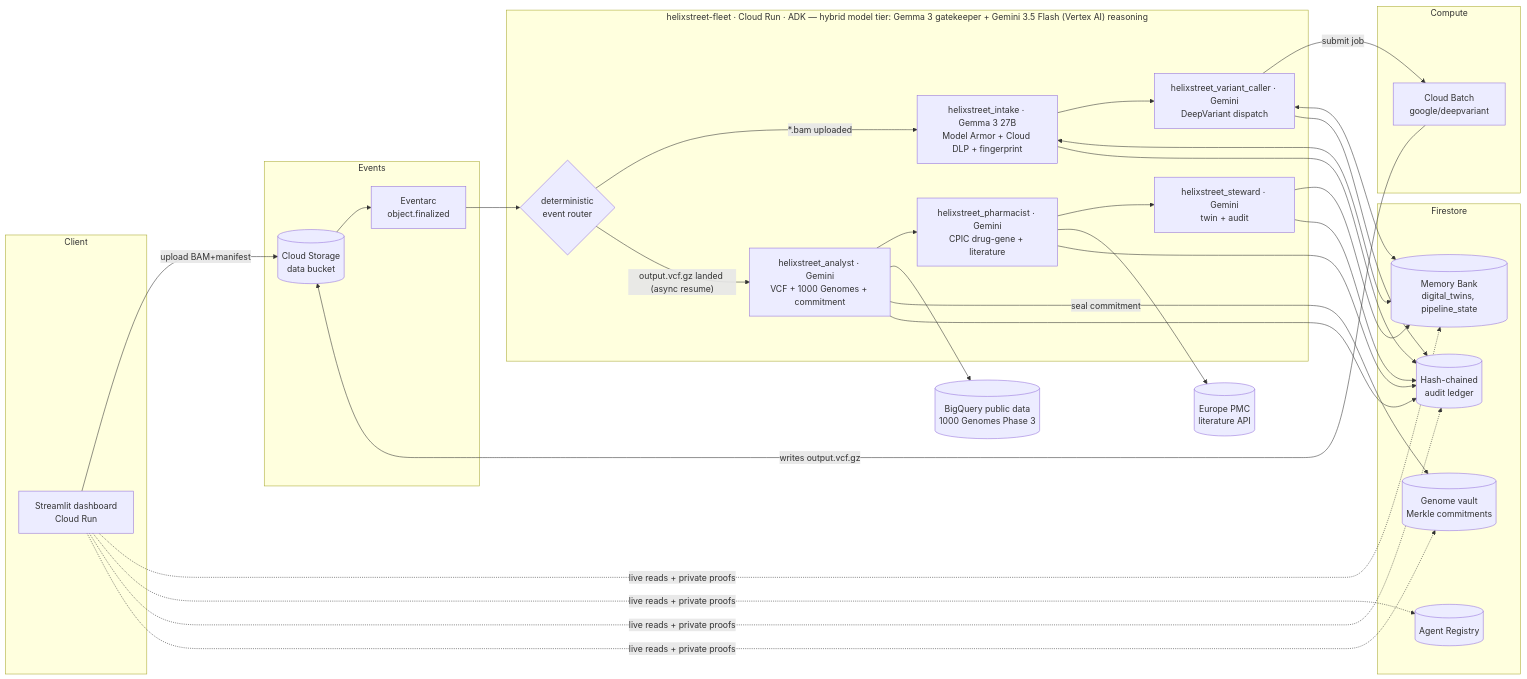
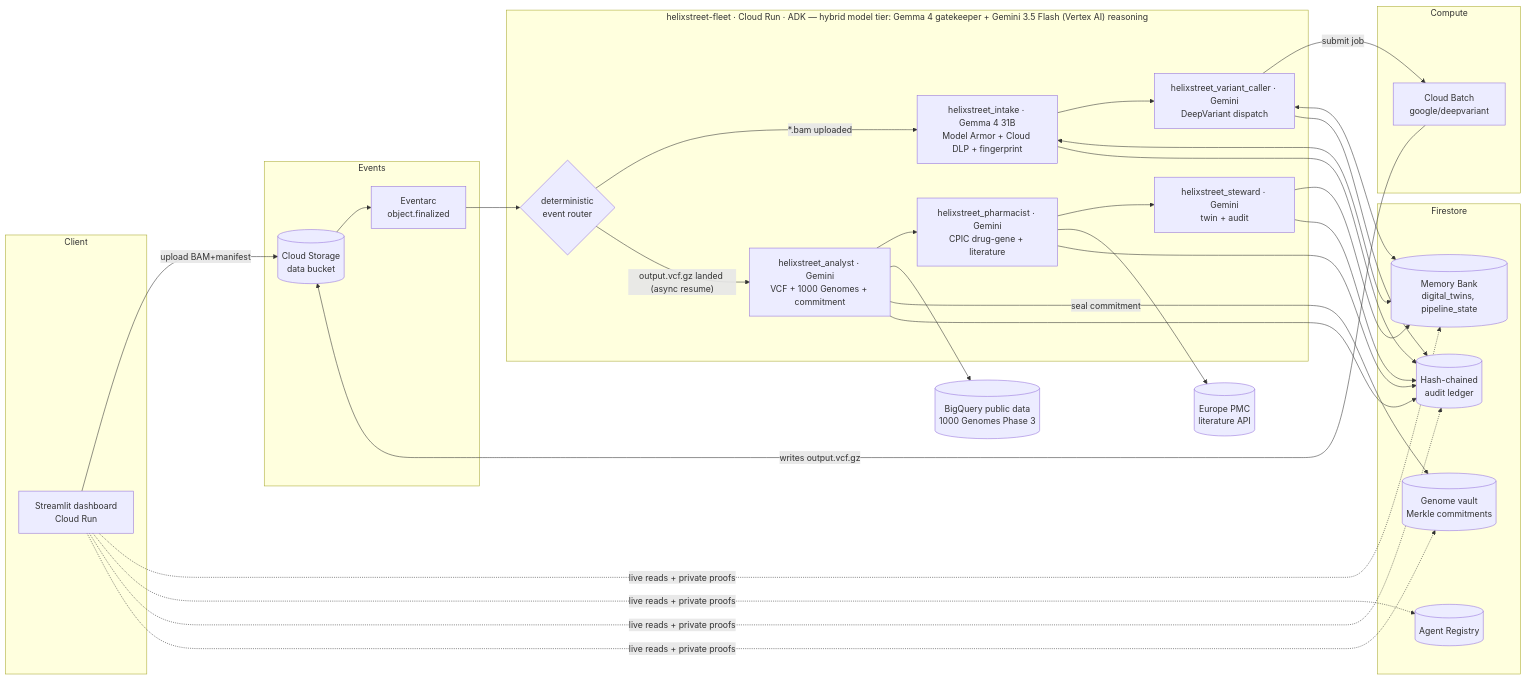
Before and after one commit to helixstreet/helixstreet-nebius-nvidia: the diagram in README.md, drawn with Mermaid. The commit also changed other lines of this file and 6 other files, not shown here.

First line of the commit message:
Upgrade hybrid tier to Gemma 4 31B: native function calling on the Gemini API

````diff
--- a/README.md
+++ b/README.md
@@ -20,42 +20,42 @@
 ```mermaid
 flowchart LR
     subgraph Client
         UI[Streamlit dashboard\nCloud Run]
     end
     subgraph Events
         GCS[(Cloud Storage\ndata bucket)]
         EA[Eventarc\nobject.finalized]
     end
-    subgraph Fleet["helixstreet-fleet · Cloud Run · ADK — hybrid model tier: Gemma 3 gatekeeper + Gemini 3.5 Flash (Vertex AI) reasoning"]
+    subgraph Fleet["helixstreet-fleet · Cloud Run · ADK — hybrid model tier: Gemma 4 gatekeeper + Gemini 3.5 Flash (Vertex AI) reasoning"]
         R{deterministic\nevent router}
-        A1[helixstreet_intake · Gemma 3 27B\nModel Armor + Cloud DLP + fingerprint]
+        A1[helixstreet_intake · Gemma 4 31B\nModel Armor + Cloud DLP + fingerprint]
         A2[helixstreet_variant_caller · Gemini\nDeepVariant dispatch]
         A3[helixstreet_analyst · Gemini\nVCF + 1000 Genomes + commitment]
         A5[helixstreet_pharmacist · Gemini\nCPIC drug-gene + literature]
         A4[helixstreet_steward · Gemini\ntwin + audit]
     end
     subgraph Compute
         B[Cloud Batch\ngoogle/deepvariant]
     end
     subgraph State["Firestore"]
         MB[(Memory Bank\ndigital_twins, pipeline_state)]
         REG[(Agent Registry)]
         AUD[(Hash-chained\naudit ledger)]
         VLT[(Genome vault\nMerkle commitments)]
     end
     BQ[(BigQuery public data\n1000 Genomes Phase 3)]
 
     UI -- upload BAM+manifest --> GCS
     GCS --> EA --> R
     R -- "*.bam uploaded" --> A1 --> A2 -- submit job --> B
     B -- writes output.vcf.gz --> GCS
     R -- "output.vcf.gz landed (async resume)" --> A3 --> A5 --> A4
     A1 <--> MB
     A2 <--> MB
     A3 --> BQ
     A5 --> EPMC[(Europe PMC\nliterature API)]
     A3 -- seal commitment --> VLT
     A4 --> MB
     A1 & A2 & A3 & A5 & A4 --> AUD
     UI -. live reads + private proofs .-> MB & REG & AUD & VLT
 ```
````
